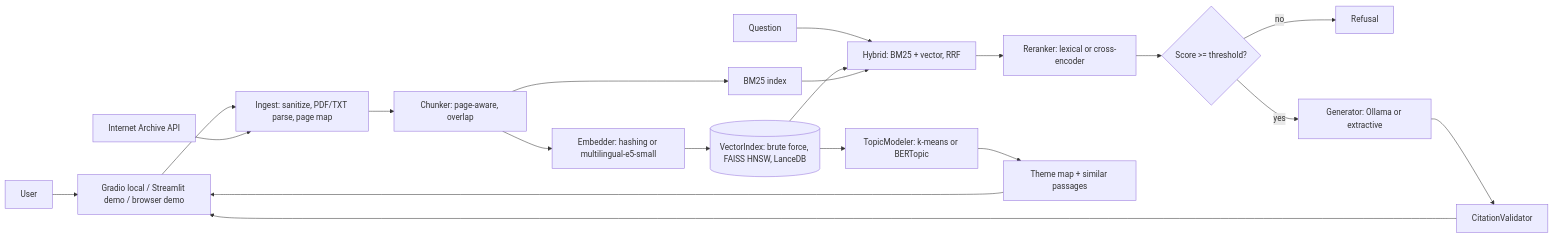
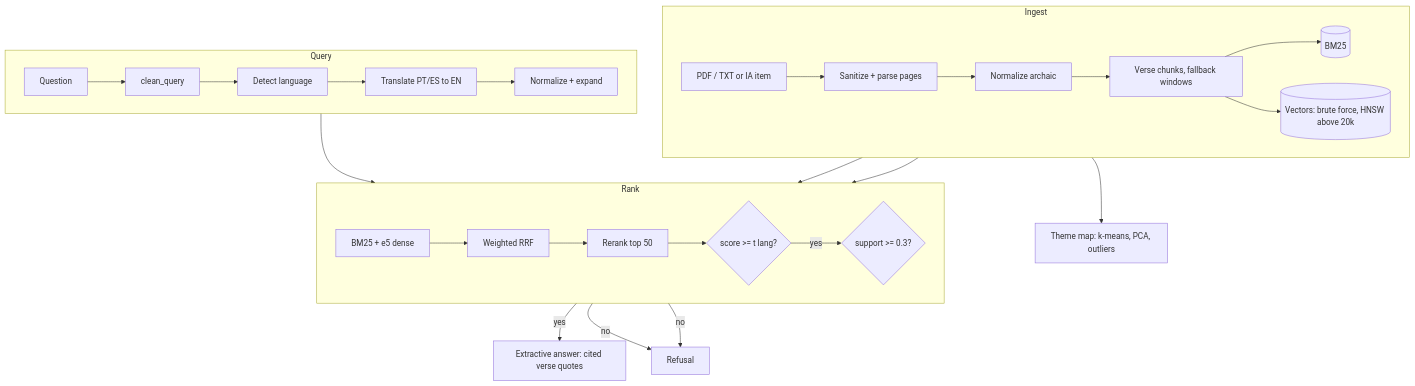
The third of 9 diagrams in docs/ARCHITECTURE.md (IgorCSIS/scripture-rag), drawn with Mermaid before and after one commit. The commit also changed other lines of this file and 5 other files, not shown here.

Commit message:
README and ARCHITECTURE match the final extractive pipeline: two gates, translation, verse chunks, parity; descriptive alt text; fresh screenshots

````diff
--- a/docs/ARCHITECTURE.md
+++ b/docs/ARCHITECTURE.md
@@ -37,22 +40,24 @@
 ```mermaid
-flowchart LR
-  U[User] --> UI[Gradio local / Streamlit demo / browser demo]
-  UI --> ING[Ingest: sanitize, PDF/TXT parse, page map]
-  IA[Internet Archive API] --> ING
-  ING --> CH[Chunker: page-aware, overlap]
-  CH --> EMB[Embedder: hashing or multilingual-e5-small]
-  CH --> BM[BM25 index]
-  EMB --> VS[(VectorIndex: brute force, FAISS HNSW, LanceDB)]
-  Q[Question] --> HY[Hybrid: BM25 + vector, RRF]
-  VS --> HY
-  BM --> HY
-  HY --> RR[Reranker: lexical or cross-encoder]
-  RR --> GATE{Score >= threshold?}
-  GATE -- no --> REF[Refusal]
-  GATE -- yes --> GEN[Generator: Ollama or extractive]
-  GEN --> VER[CitationValidator]
-  VER --> UI
-  VS --> UNS[TopicModeler: k-means or BERTopic]
-  UNS --> MAP[Theme map + similar passages]
-  MAP --> UI
+flowchart TB
+  subgraph Ingest
+    direction LR
+    F[PDF / TXT or IA item] --> S[Sanitize + parse pages] --> N[Normalize archaic] --> CH[Verse chunks, fallback windows]
+    CH --> BM[(BM25)]
+    CH --> VS[(Vectors: brute force, HNSW above 20k)]
+  end
+  subgraph Query
+    direction LR
+    Q[Question] --> CQ[clean_query] --> LD[Detect language] --> TR[Translate PT/ES to EN] --> EX[Normalize + expand]
+  end
+  subgraph Rank
+    direction LR
+    H[BM25 + e5 dense] --> RRF[Weighted RRF] --> RR[Rerank top 50] --> G1{score >= t lang?} -- yes --> G2{support >= 0.3?}
+  end
+  EX --> H
+  BM --> H
+  VS --> H
+  G2 -- yes --> ANS[Extractive answer: cited verse quotes]
+  G1 -- no --> REF[Refusal]
+  G2 -- no --> REF
+  VS --> TM[Theme map: k-means, PCA, outliers]
 ```
````
